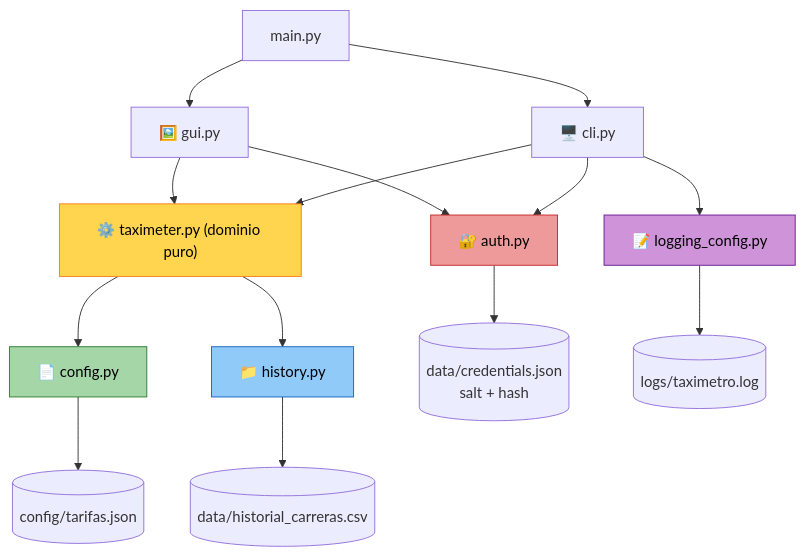
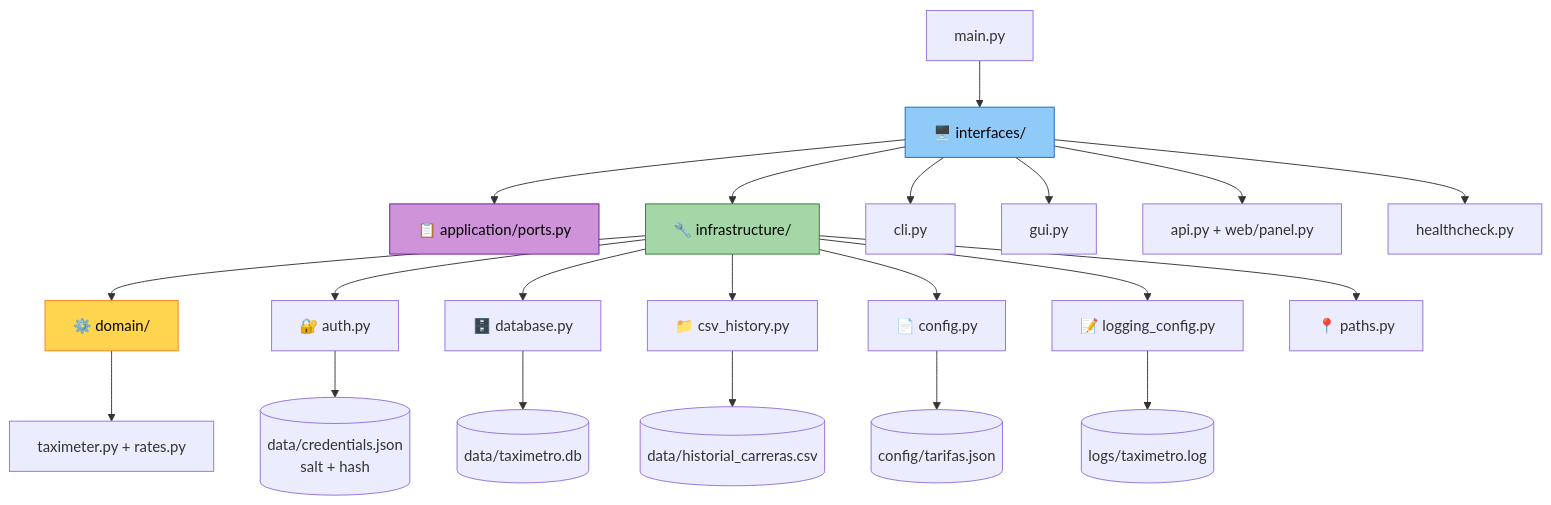
The diagram in README.md (elenaalmansacampos/project-py-taximetro), drawn with Mermaid before and after one commit. The commit also changed other lines of this file and 42 other files, not shown here.

````diff
--- a/README.md
+++ b/README.md
@@ -213,25 +215,32 @@
 ```mermaid
 flowchart TD
-    M["main.py"] --> CLI["🖥️ cli.py"]
-    M --> GUI["🖼️ gui.py"]
+    M["main.py"] --> IF["🖥️ interfaces/"]
+    IF --> APP["📋 application/ports.py"]
+    IF --> INFRA["🔧 infrastructure/"]
+    INFRA --> DOM["⚙️ domain/"]
 
-    CLI --> AUTH["🔐 auth.py"]
-    GUI --> AUTH
-    CLI --> TAX["⚙️ taximeter.py (dominio puro)"]
-    GUI --> TAX
+    IF --> CLI["cli.py"]
+    IF --> GUI["gui.py"]
+    IF --> API["api.py + web/panel.py"]
+    IF --> HC["healthcheck.py"]
 
-    TAX --> CFG["📄 config.py"]
-    TAX --> HIS["📁 history.py"]
-    CLI --> LOG["📝 logging_config.py"]
+    INFRA --> AUTH["🔐 auth.py"]
+    INFRA --> DB["🗄️ database.py"]
+    INFRA --> CSVAD["📁 csv_history.py"]
+    INFRA --> CFG["📄 config.py"]
+    INFRA --> LOG["📝 logging_config.py"]
+    INFRA --> PATHS["📍 paths.py"]
+
+    DOM --> TAX["taximeter.py + rates.py"]
 
     AUTH --> CRED[("data/credentials.json<br/>salt + hash")]
-    HIS --> CSV[("data/historial_carreras.csv")]
+    DB --> SQLITE[("data/taximetro.db")]
+    CSVAD --> CSV[("data/historial_carreras.csv")]
     CFG --> JSON[("config/tarifas.json")]
     LOG --> LOGF[("logs/taximetro.log")]
 
-    style TAX fill:#ffd54f,stroke:#f57f17,color:#000
-    style AUTH fill:#ef9a9a,stroke:#c62828,color:#000
-    style CFG fill:#a5d6a7,stroke:#2e7d32,color:#000
-    style HIS fill:#90caf9,stroke:#1565c0,color:#000
-    style LOG fill:#ce93d8,stroke:#6a1b9a,color:#000
+    style DOM fill:#ffd54f,stroke:#f57f17,color:#000
+    style APP fill:#ce93d8,stroke:#6a1b9a,color:#000
+    style INFRA fill:#a5d6a7,stroke:#2e7d32,color:#000
+    style IF fill:#90caf9,stroke:#1565c0,color:#000
 ```
````
